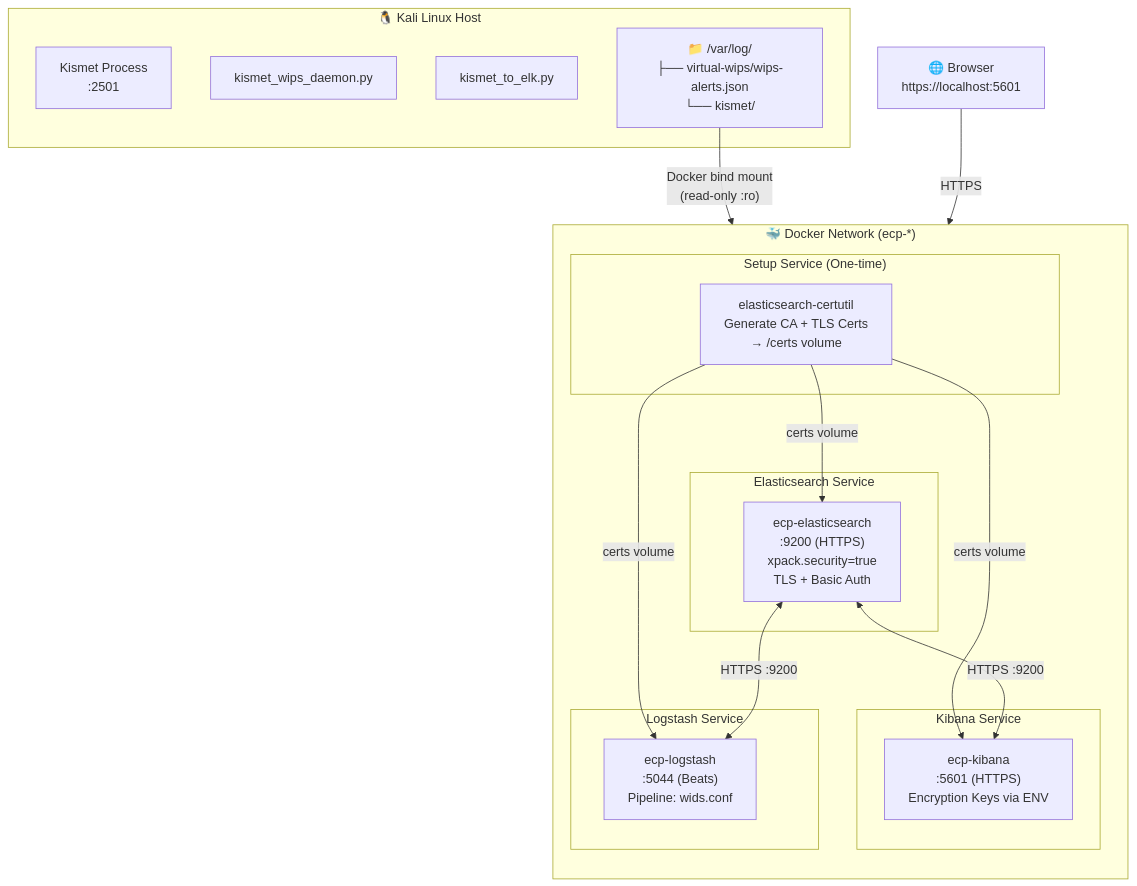
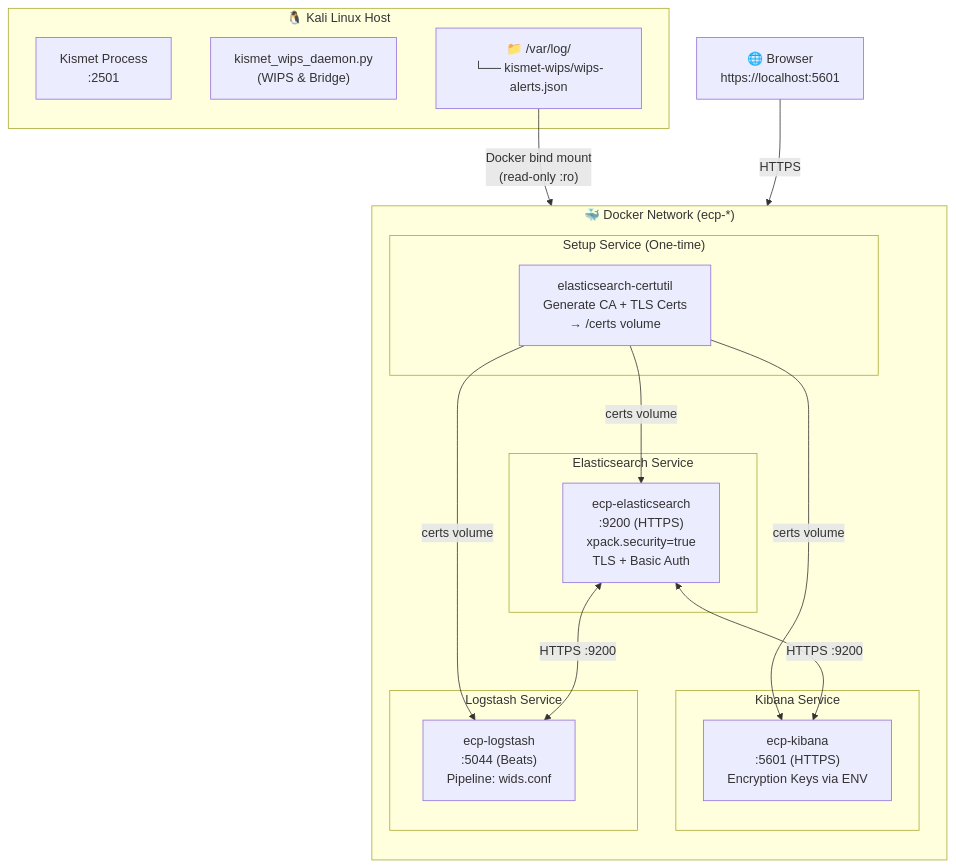
One commit to ph4n10m1808/wireless-mobile-network-security-project changed the fourth of 7 diagrams in DATA_FLOW.md. Above: the diagram before and after it, drawn with Mermaid. The commit also changed other lines of this file and 14 other files, not shown here.

````diff
--- a/DATA_FLOW.md
+++ b/DATA_FLOW.md
@@ -173,36 +160,35 @@
 ```mermaid
 flowchart TB
     subgraph HOST["🐧 Kali Linux Host"]
         KISMET_HOST["Kismet Process\n:2501"]
-        WIPS_DAEMON["kismet_wips_daemon.py"]
-        BRIDGE_HOST["kismet_to_elk.py"]
-        LOG_HOST["📁 /var/log/\n├── virtual-wips/wips-alerts.json\n└── kismet/"]
+        WIPS_DAEMON["kismet_wips_daemon.py\n(WIPS & Bridge)"]
+        LOG_HOST["📁 /var/log/\n└── kismet-wips/wips-alerts.json"]
     end
 
     subgraph DOCKER["🐳 Docker Network (ecp-*)"]
         direction TB
         subgraph SETUP["Setup Service (One-time)"]
             CERTGEN["elasticsearch-certutil\nGenerate CA + TLS Certs\n→ /certs volume"]
         end
         subgraph ES_SVC["Elasticsearch Service"]
             ES_NODE["ecp-elasticsearch\n:9200 (HTTPS)\nxpack.security=true\nTLS + Basic Auth"]
         end
         subgraph KB_SVC["Kibana Service"]
             KB_NODE["ecp-kibana\n:5601 (HTTPS)\nEncryption Keys via ENV"]
         end
         subgraph LS_SVC["Logstash Service"]
             LS_NODE["ecp-logstash\n:5044 (Beats)\nPipeline: wids.conf"]
         end
 
         CERTGEN -->|"certs volume"| ES_NODE
         CERTGEN -->|"certs volume"| KB_NODE
         CERTGEN -->|"certs volume"| LS_NODE
         ES_NODE <-->|"HTTPS :9200"| KB_NODE
         ES_NODE <-->|"HTTPS :9200"| LS_NODE
     end
 
     LOG_HOST -->|"Docker bind mount\n(read-only :ro)"| LS_NODE
 
     BROWSER["🌐 Browser\nhttps://localhost:5601"]
     BROWSER -->|HTTPS| KB_NODE
 ```
````
